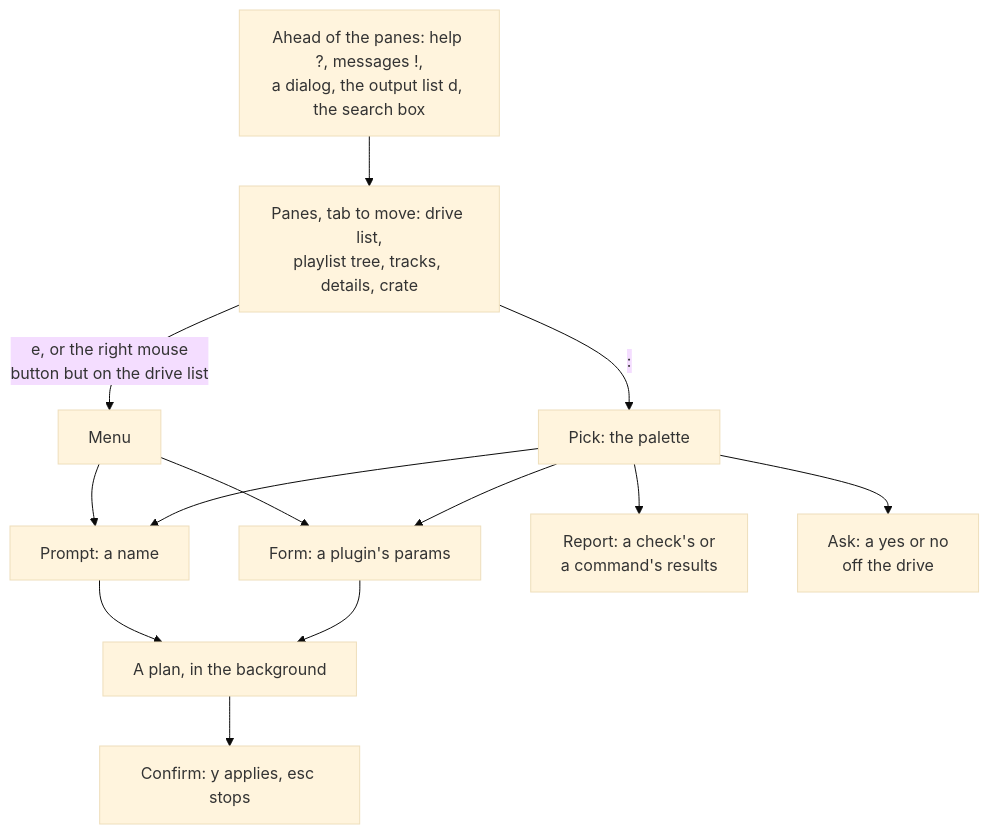
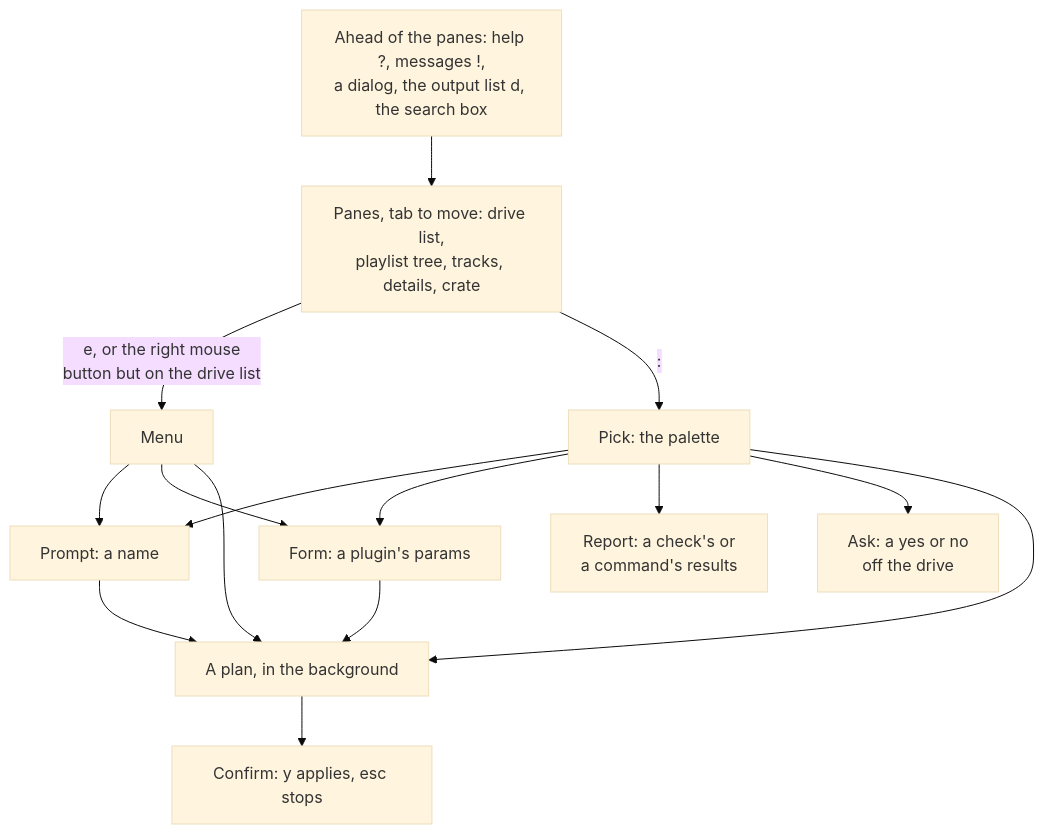
Before and after one commit to cutenode/localnetwork: the second of 13 diagrams in apps/locallibrary/docs/diagrams/player.md, drawn with Mermaid (base theme). The commit also changed other lines of this file and 4 other files, not shown here.

First line of the commit message:
docs(locallibrary): use the glossary's words and fix the player's charts

````diff
--- a/apps/locallibrary/docs/diagrams/player.md
+++ b/apps/locallibrary/docs/diagrams/player.md
@@ -45,15 +45,17 @@
 ```mermaid
 flowchart TD
     first["Ahead of the panes: help ?, messages !,<br/>a dialog, the output list d, the search box"] --> panes["Panes, tab to move: drive list,<br/>playlist tree, tracks, details, crate"]
     panes -->|"e, or the right mouse<br/>button but on the drive list"| menu["Menu"]
     panes -->|":"| pick["Pick: the palette"]
     menu --> prompt["Prompt: a name"]
     pick --> prompt
     menu --> form["Form: a plugin's params"]
     pick --> form
     pick --> report["Report: a check's or<br/>a command's results"]
     pick --> ask["Ask: a yes or no<br/>off the drive"]
     prompt --> plan["A plan, in the background"]
+    menu --> plan
+    pick --> plan
     form --> plan
     plan --> confirm["Confirm: y applies, esc stops"]
 ```
````
